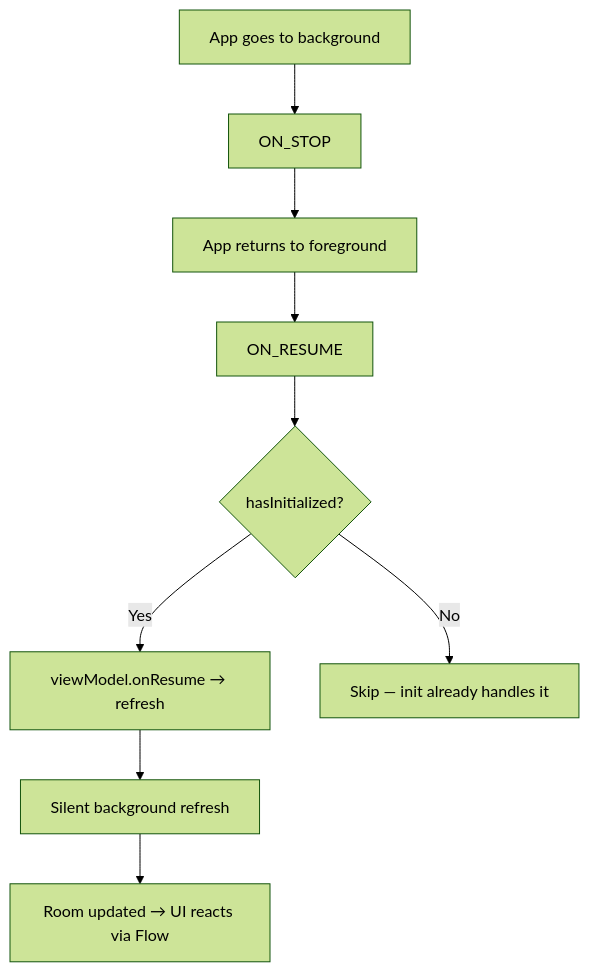
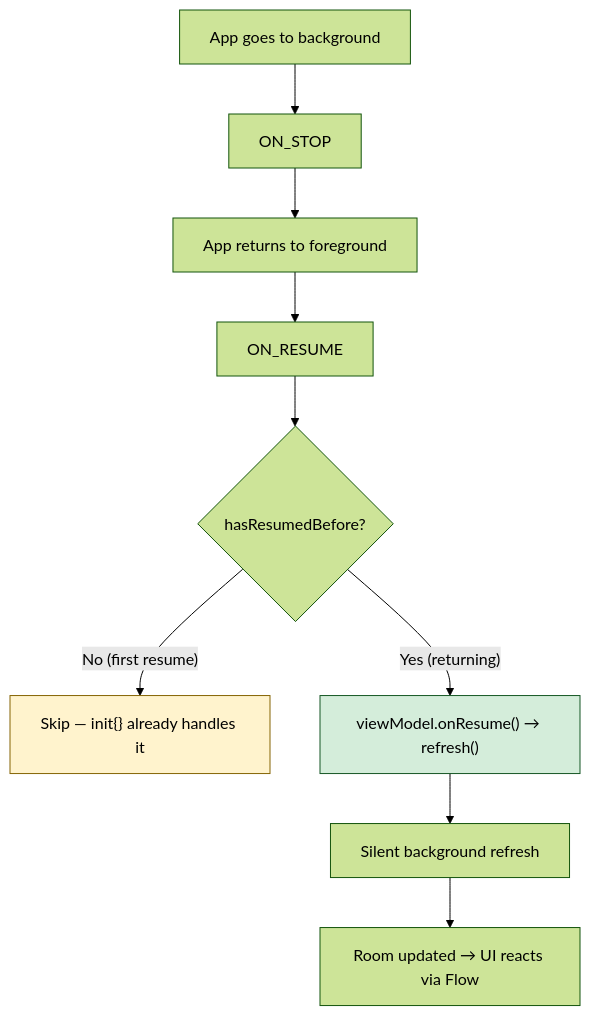
Before and after one commit to akshaynikhare/FireVisionIPTV: the sixth of 6 diagrams in docs/APP_STARTUP_FLOW.md, drawn with Mermaid (forest theme). The commit also changed other lines of this file and 18 other files, not shown here.

First line of the commit message:
feat: Implement Box overlay pattern for splash screen to pre-warm ViewModel

````diff
--- a/docs/APP_STARTUP_FLOW.md
+++ b/docs/APP_STARTUP_FLOW.md
@@ -174,11 +195,14 @@
 ```mermaid
 flowchart TD
     A[App goes to background] --> B[ON_STOP]
     B --> C[App returns to foreground]
     C --> D[ON_RESUME]
-    D --> E{hasInitialized?}
-    E -- Yes --> F[viewModel.onResume → refresh]
-    E -- No --> G[Skip — init already handles it]
+    D --> E{hasResumedBefore?}
+    E -- "No (first resume)" --> G["Skip — init{} already handles it"]
+    E -- "Yes (returning)" --> F["viewModel.onResume() → refresh()"]
     F --> H[Silent background refresh]
     H --> I[Room updated → UI reacts via Flow]
+
+    style G fill:#fff3cd,stroke:#856404
+    style F fill:#d4edda,stroke:#155724
 ```
````
